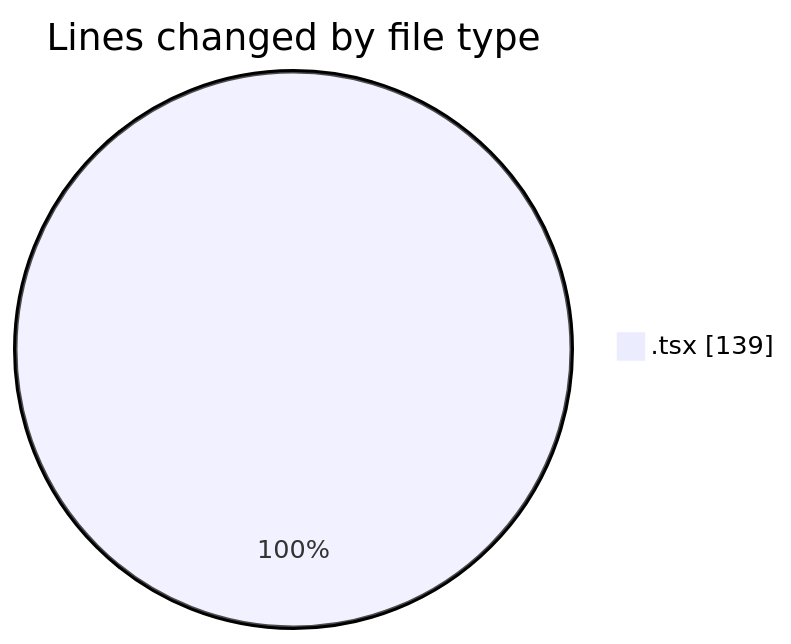
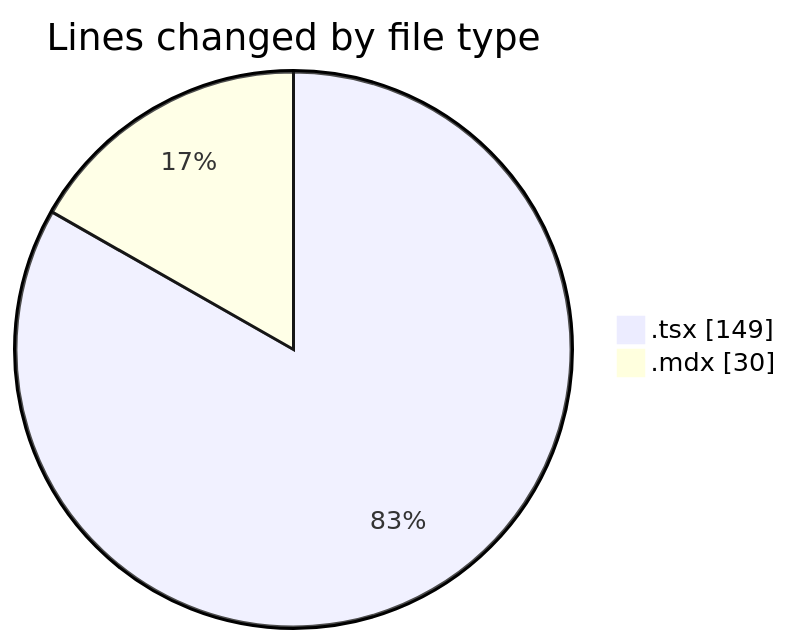
The first of 2 diagrams in 2025-05-12/elitesun/README.md (Elitesun/code-tracking), drawn with Mermaid before and after one commit. The commit also changed other lines of this file and 1 other file, not shown here.

````diff
--- a/2025-05-12/elitesun/README.md
+++ b/2025-05-12/elitesun/README.md
@@ -21,5 +22,6 @@
 ```mermaid
 pie showData
 title Lines changed by file type
-".tsx" : 139
+".tsx" : 149
+".mdx" : 30
 ```
````
